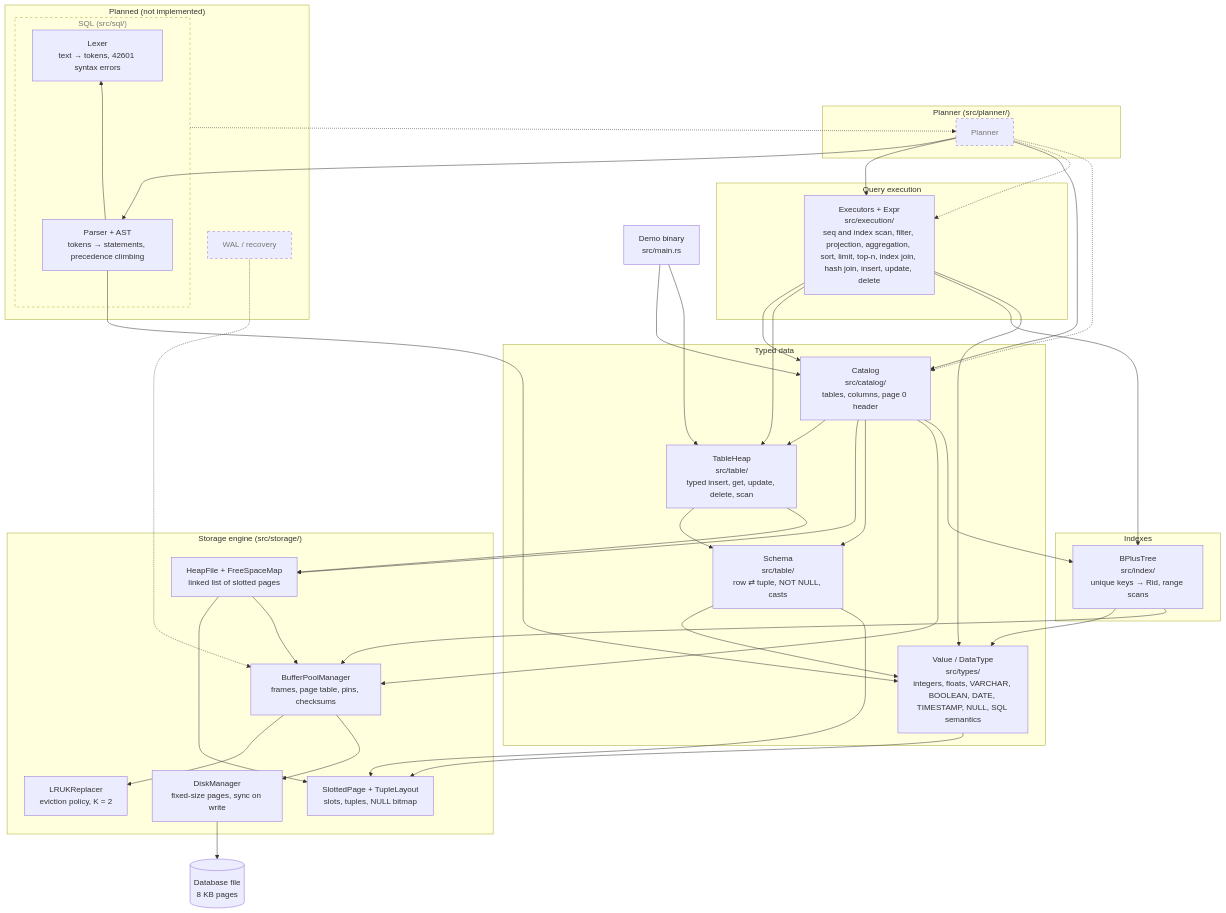
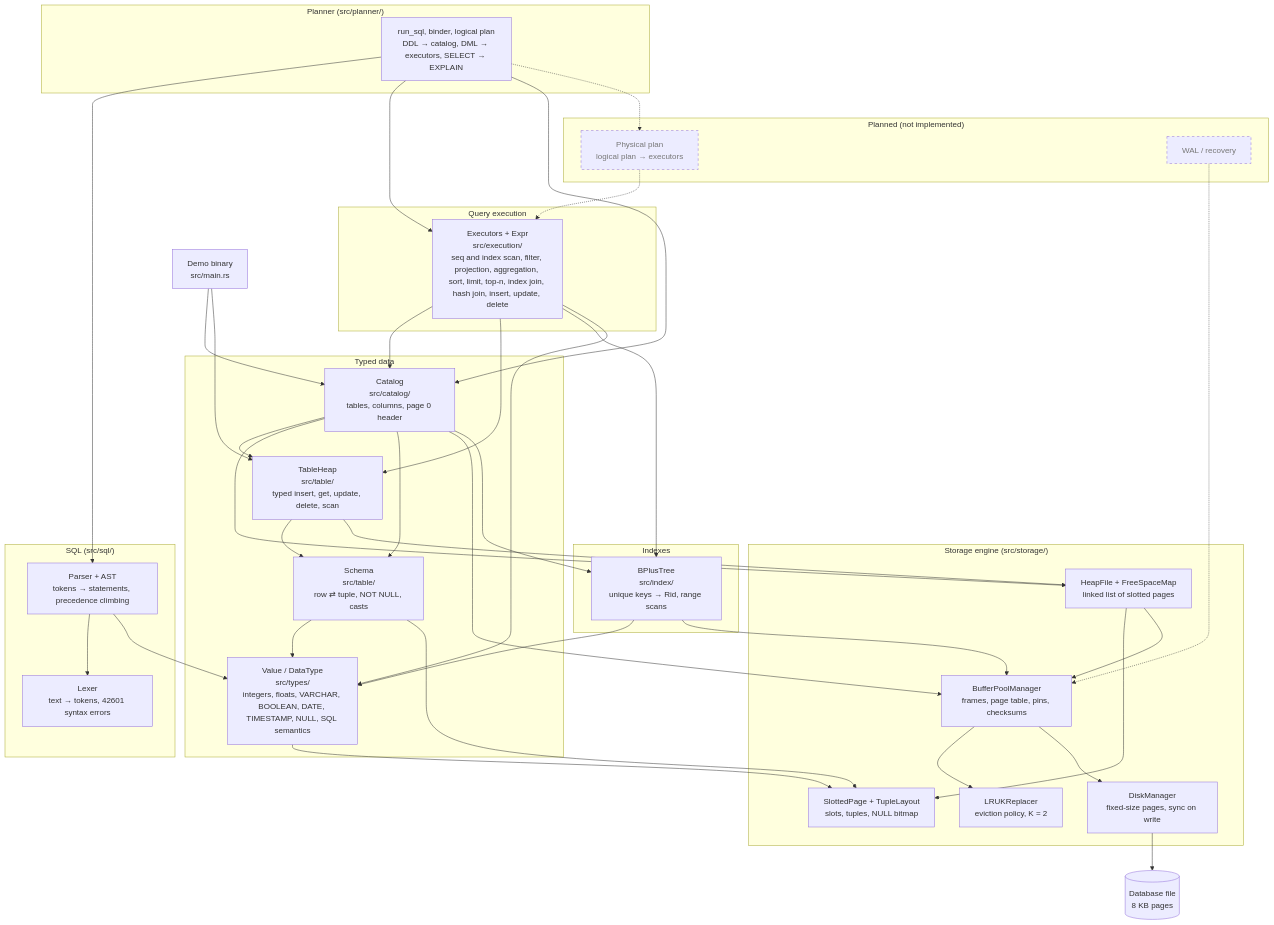
The diagram in docs/architecture.md (RodrigoGrz/ferro-db), drawn with Mermaid before and after one commit. The commit also changed other lines of this file and 17 other files, not shown here.

First line of the commit message:
feat/logical-plan-and-select-validation

````diff
--- a/docs/architecture.md
+++ b/docs/architecture.md
@@ -9,80 +9,78 @@
 ```mermaid
 flowchart TD
     demo["Demo binary<br/>src/main.rs"]
 
     subgraph upper["Typed data"]
         catalog["Catalog<br/>src/catalog/<br/>tables, columns, page 0 header"]
         tableheap["TableHeap<br/>src/table/<br/>typed insert, get, update, delete, scan"]
         schema["Schema<br/>src/table/<br/>row ⇄ tuple, NOT NULL, casts"]
         types["Value / DataType<br/>src/types/<br/>integers, floats, VARCHAR, BOOLEAN, DATE, TIMESTAMP, NULL, SQL semantics"]
     end
 
     subgraph indexes["Indexes"]
         btree["BPlusTree<br/>src/index/<br/>unique keys → Rid, range scans"]
     end
 
     subgraph sql["SQL (src/sql/)"]
         lexer["Lexer<br/>text → tokens, 42601 syntax errors"]
         parser["Parser + AST<br/>tokens → statements, precedence climbing"]
     end
 
     subgraph planning["Planner (src/planner/)"]
-        planner["run_sql + binder<br/>DDL → catalog, DML → executors"]
+        planner["run_sql, binder, logical plan<br/>DDL → catalog, DML → executors, SELECT → EXPLAIN"]
     end
 
     subgraph execution["Query execution"]
         exec["Executors + Expr<br/>src/execution/<br/>seq and index scan, filter, projection, aggregation, sort, limit, top-n, index join, hash join, insert, update, delete"]
     end
 
     subgraph storage["Storage engine (src/storage/)"]
         heap["HeapFile + FreeSpaceMap<br/>linked list of slotted pages"]
         slotted["SlottedPage + TupleLayout<br/>slots, tuples, NULL bitmap"]
         bpm["BufferPoolManager<br/>frames, page table, pins, checksums"]
         replacer["LRUKReplacer<br/>eviction policy, K = 2"]
         disk["DiskManager<br/>fixed-size pages, sync on write"]
     end
 
     file[("Database file<br/>8 KB pages")]
 
     demo --> catalog
     demo --> tableheap
     parser --> lexer
     planner --> parser
     planner --> exec
     planner --> catalog
     parser --> types
     exec --> catalog
     exec --> tableheap
     exec --> btree
     exec --> types
     catalog --> tableheap
     catalog --> heap
     catalog --> schema
     tableheap --> schema
     tableheap --> heap
     schema --> types
     schema --> slotted
     types --> slotted
     heap --> slotted
     heap --> bpm
     catalog --> bpm
     catalog --> btree
     btree --> types
     btree --> bpm
     bpm --> replacer
     bpm --> disk
     disk --> file
 
     subgraph planned["Planned (not implemented)"]
-        sql["SQL parser"]
-        planner["Planner"]
+        physical["Physical plan<br/>logical plan → executors"]
         wal["WAL / recovery"]
     end
-    sql -.-> planner
-    planner -.-> exec
-    planner -.-> catalog
+    planner -.-> physical
+    physical -.-> exec
     wal -.-> bpm
 
     classDef plannedNode stroke-dasharray: 5 5,color:#777
-    class sql,planner,wal plannedNode
+    class physical,wal plannedNode
 ```
````
